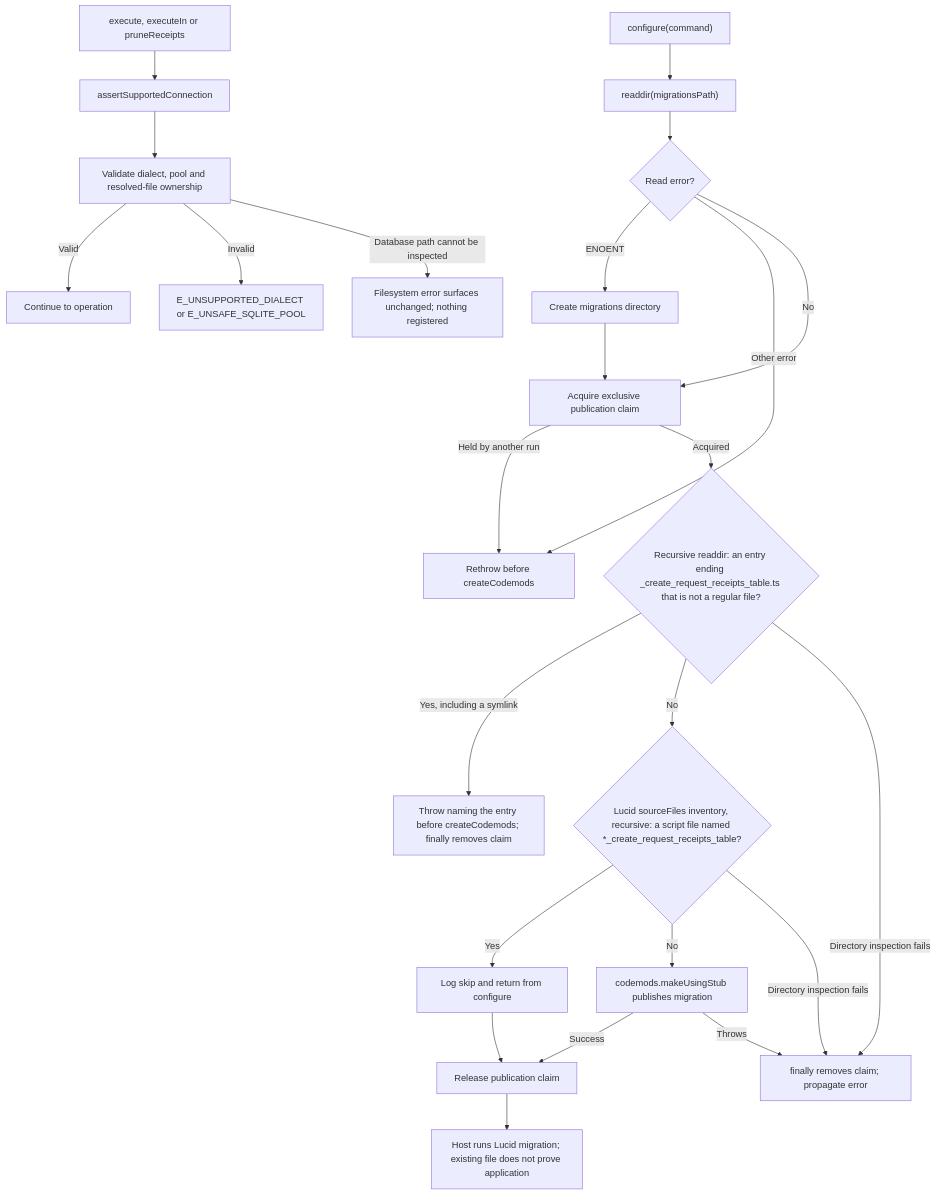
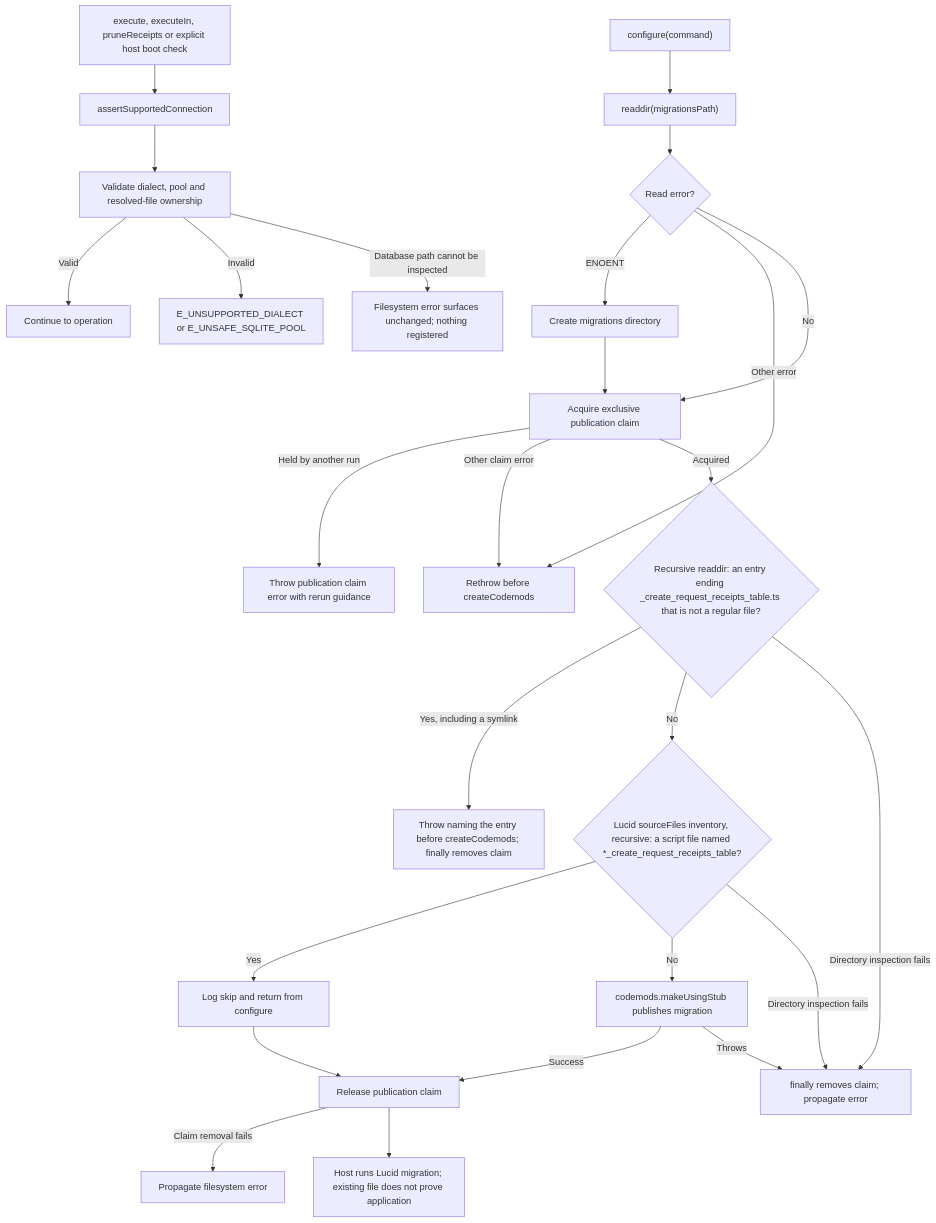
The second of 2 diagrams in user-stories/US-GUARD-04-operate-receipts.md (Kevinjohn/oss-adonisjs-duplicate-request-guard), drawn with Mermaid before and after one commit. The commit also changed 7 other files, not shown here.

````diff
--- a/user-stories/US-GUARD-04-operate-receipts.md
+++ b/user-stories/US-GUARD-04-operate-receipts.md
@@ -54,26 +54,28 @@
 ```mermaid
 flowchart TD
     A["configure(command)"] --> B["readdir(migrationsPath)"]
     B --> R{"Read error?"}
     R -->|ENOENT| K["Create migrations directory"]
     K --> L["Acquire exclusive publication claim"]
     R -->|Other error| X["Rethrow before createCodemods"]
     R -->|No| L
-    L -->|Held by another run| X
+    L -->|Held by another run| Z["Throw publication claim error with rerun guidance"]
+    L -->|Other claim error| X
     L -->|Acquired| N{"Recursive readdir: an entry ending _create_request_receipts_table.ts that is not a regular file?"}
     N -->|Yes, including a symlink| Y["Throw naming the entry before createCodemods; finally removes claim"]
     N -->|No| C{"Lucid sourceFiles inventory, recursive: a script file named *_create_request_receipts_table?"}
     C -->|Yes| D["Log skip and return from configure"]
     D --> T["Release publication claim"]
     C -->|No| E["codemods.makeUsingStub publishes migration"]
     E -->|Success| T
     E -->|Throws| P["finally removes claim; propagate error"]
     N -->|Directory inspection fails| P
     C -->|Directory inspection fails| P
+    T -->|Claim removal fails| W["Propagate filesystem error"]
     T --> F["Host runs Lucid migration; existing file does not prove application"]
-    G["execute, executeIn or pruneReceipts"] --> H["assertSupportedConnection"]
+    G["execute, executeIn, pruneReceipts or explicit host boot check"] --> H["assertSupportedConnection"]
     H --> I["Validate dialect, pool and resolved-file ownership"]
     I -->|Valid| J["Continue to operation"]
     I -->|Invalid| Q["E_UNSUPPORTED_DIALECT or E_UNSAFE_SQLITE_POOL"]
     I -->|Database path cannot be inspected| Q2["Filesystem error surfaces unchanged; nothing registered"]
 ```
````
